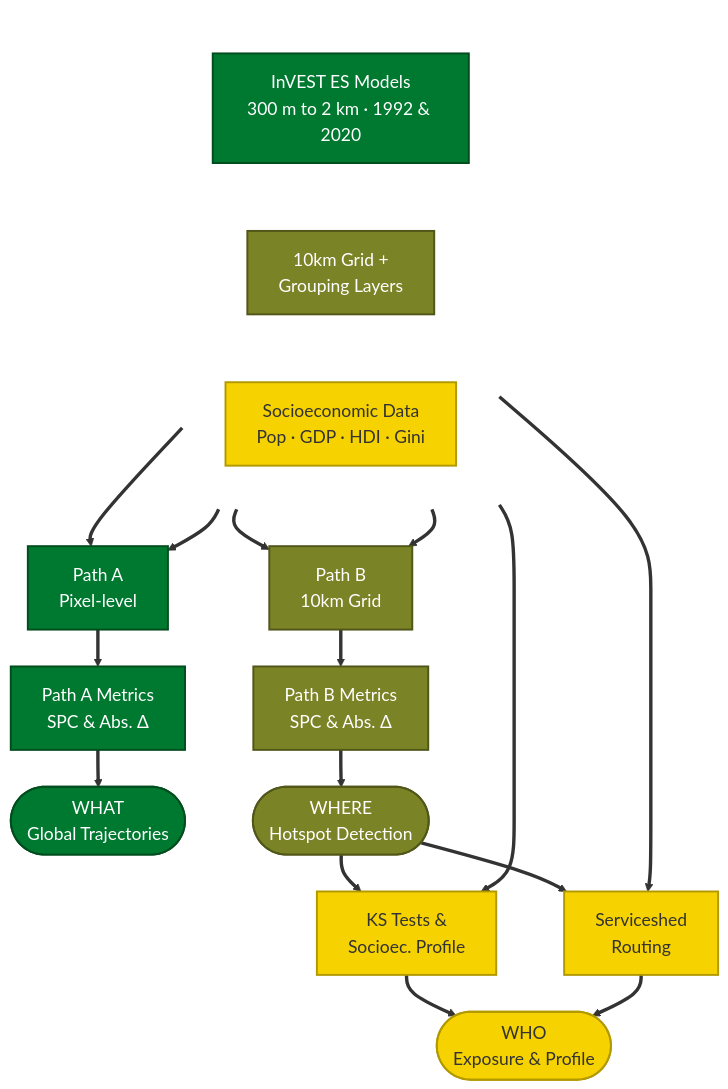
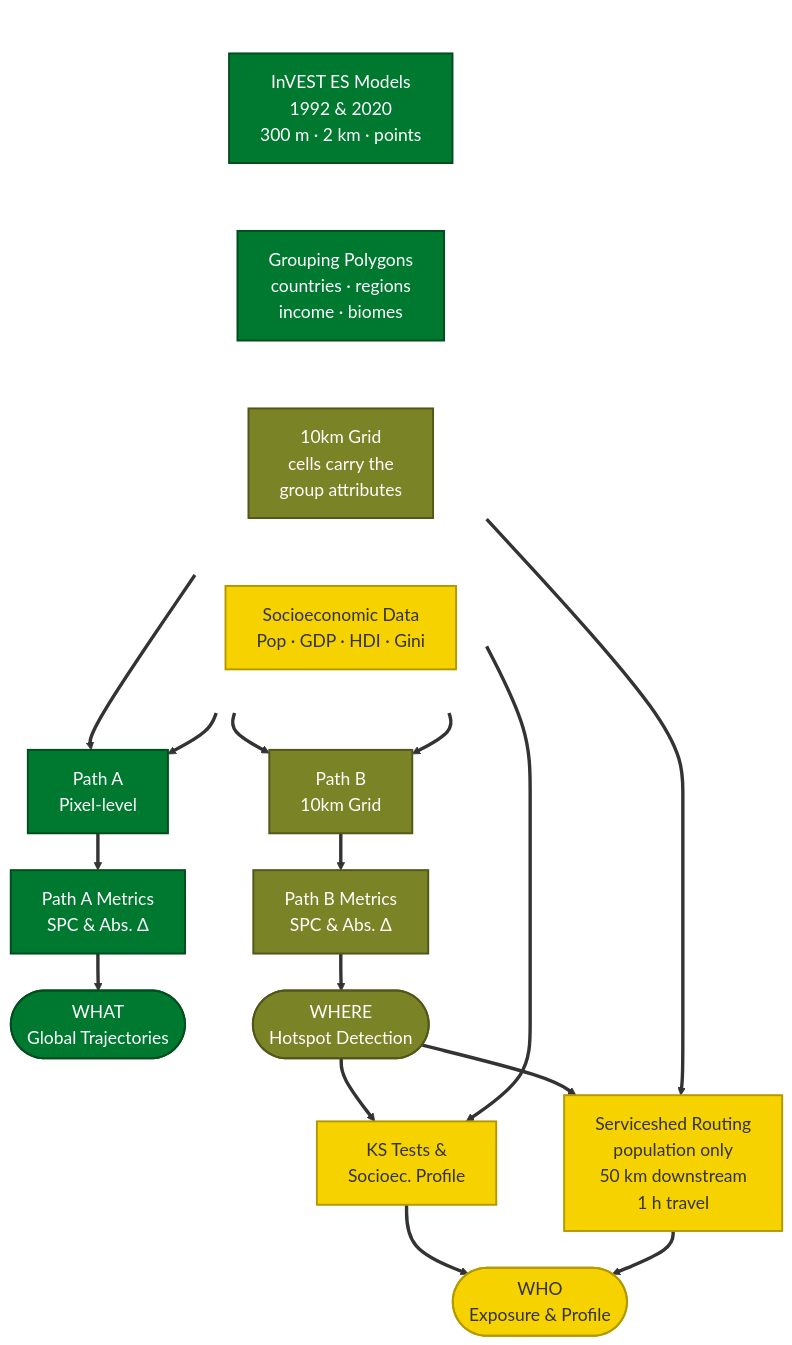
One commit to springinnovate/global_NCP changed the diagram in docs/presentations/presentation.qmd. Above: the diagram before and after it, drawn with Mermaid. The commit also changed other lines of this file and 57 other files, not shown here.

````diff
--- a/docs/presentations/presentation.qmd
+++ b/docs/presentations/presentation.qmd
@@ -298,43 +174,46 @@
 ```{mermaid}
 %%{init: {'flowchart': {'rankSpacing': 38, 'nodeSpacing': 70, 'padding': 16}, 'themeVariables': {'fontSize': '18px'}}}%%
 flowchart TB
     subgraph Inputs[" "]
         direction LR
-        RawES["InVEST ES Models<br/>300 m to 2 km · 1992 & 2020"]
-        RawGrid["10km Grid +<br/>Grouping Layers"]
+        RawES["InVEST ES Models<br/>1992 & 2020<br/>300 m · 2 km · points"]
+        RawGroups["Grouping Polygons<br/>countries · regions<br/>income · biomes"]
+        RawGrid["10km Grid<br/>cells carry the<br/>group attributes"]
         RawSoc["Socioeconomic Data<br/>Pop · GDP · HDI · Gini"]
     end
 
     IntA["Path A<br/>Pixel-level"]
     MathA["Path A Metrics<br/>SPC & Abs. Δ"]
     P1(["WHAT<br/>Global Trajectories"])
 
     IntB["Path B<br/>10km Grid"]
     MathB["Path B Metrics<br/>SPC & Abs. Δ"]
     P2(["WHERE<br/>Hotspot Detection"])
 
-    MathBenef["Serviceshed<br/>Routing"]
+    MathBenef["Serviceshed Routing<br/>population only<br/>50 km downstream<br/>1 h travel"]
     MathSoc["KS Tests &<br/>Socioec. Profile"]
     P4(["WHO<br/>Exposure & Profile"])
 
     RawES ==> IntA & IntB
-    RawGrid ==> IntA & IntB
+    RawGroups ==> IntA
+    RawGrid ==> IntB
     RawSoc ==> MathBenef & MathSoc
 
     IntA ==> MathA ==> P1
     IntB ==> MathB ==> P2
 
     P2 ==> MathBenef & MathSoc
     MathSoc ==> P4
     MathBenef ==> P4
 
     style Inputs fill:none,stroke:none
 
     classDef c_what fill:#007930,stroke:#004D1E,stroke-width:2px,color:#FFF;
     classDef c_where fill:#7B8327,stroke:#515619,stroke-width:2px,color:#FFF;
     classDef c_who fill:#F5D200,stroke:#B39900,stroke-width:2px,color:#333;
 
     class RawES,IntA,MathA,P1 c_what;
+    class RawGroups c_what;
     class RawGrid,IntB,MathB,P2 c_where;
     class RawSoc,MathSoc,MathBenef,P4 c_who;
 ```
````
